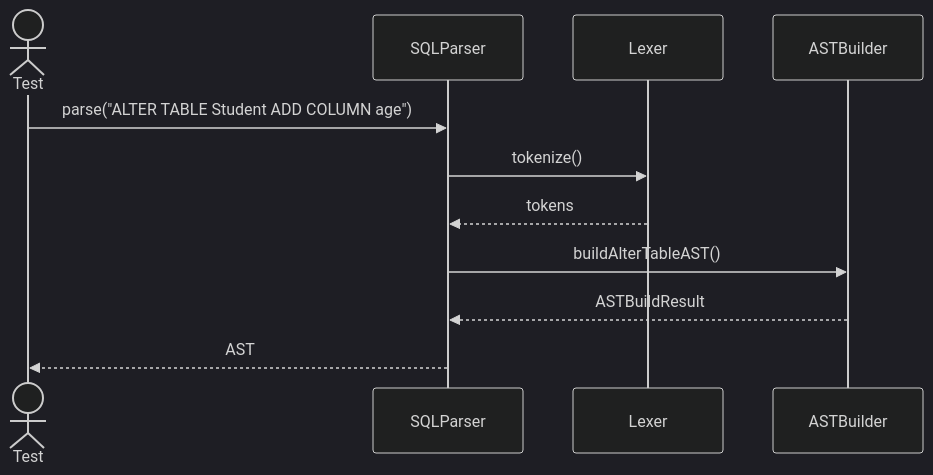
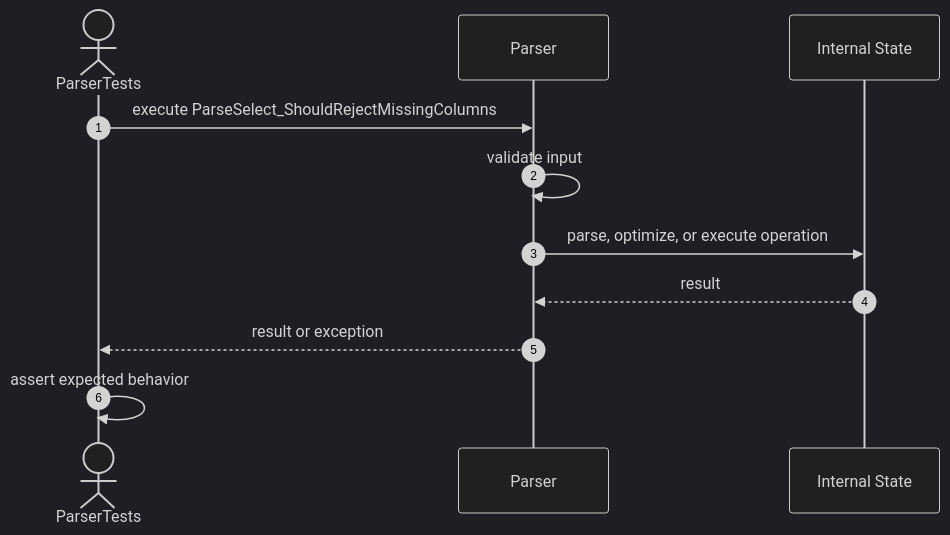
One commit to FhuAnn/-bbv-AN-s-DBMS changed the ninth of 22 diagrams in src/tests/unit/query/sequences/sql-parser-testing.se.md. Above: the diagram before and after it, drawn with Mermaid (dark theme). The commit also changed other lines of this file and 36 other files, not shown here.

````diff
--- a/src/tests/unit/query/sequences/sql-parser-testing.se.md
+++ b/src/tests/unit/query/sequences/sql-parser-testing.se.md
@@ -137,14 +141,14 @@
 ```mermaid
 sequenceDiagram
-actor Test
-participant SQLParser
-participant Lexer
-participant ASTBuilder
+    autonumber
+    actor Test as ParserTests
+    participant Target as Parser
+    participant Internal as Internal State
 
-Test->>SQLParser: parse("ALTER TABLE Student ADD COLUMN age")
-SQLParser->>Lexer: tokenize()
-Lexer-->>SQLParser: tokens
-SQLParser->>ASTBuilder: buildAlterTableAST()
-ASTBuilder-->>SQLParser: ASTBuildResult
-SQLParser-->>Test: AST
+    Test->>Target: execute ParseSelect_ShouldRejectMissingColumns
+    Target->>Target: validate input
+    Target->>Internal: parse, optimize, or execute operation
+    Internal-->>Target: result
+    Target-->>Test: result or exception
+    Test->>Test: assert expected behavior
 ```
````
